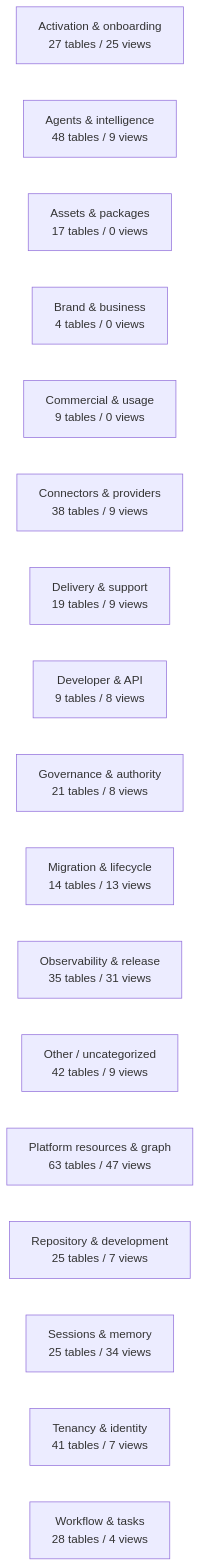
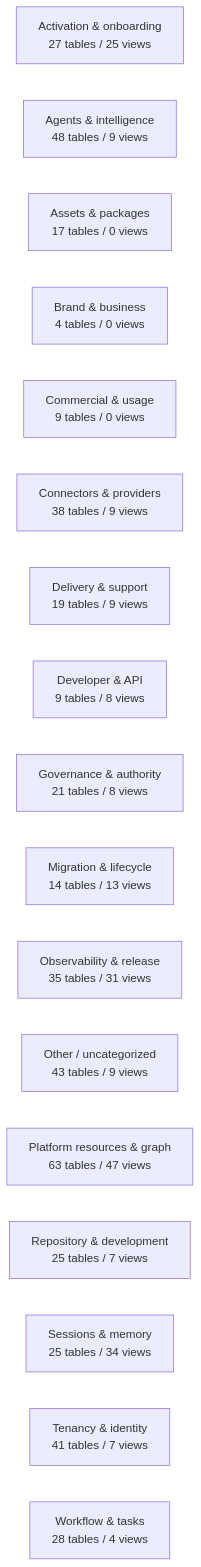
The diagram in docs/work-maps/data-model-domain-map.md (mad4bdigital-ai/multi-business-multi-role-growth-intelligence-os), drawn with Mermaid before and after one commit. The commit also changed other lines of this file and 4 other files, not shown here.

````diff
--- a/docs/work-maps/data-model-domain-map.md
+++ b/docs/work-maps/data-model-domain-map.md
@@ -9,20 +9,20 @@
 ```mermaid
 flowchart LR
   n_Activation___onboarding["Activation & onboarding<br/>27 tables / 25 views"]
   n_Agents___intelligence["Agents & intelligence<br/>48 tables / 9 views"]
   n_Assets___packages["Assets & packages<br/>17 tables / 0 views"]
   n_Brand___business["Brand & business<br/>4 tables / 0 views"]
   n_Commercial___usage["Commercial & usage<br/>9 tables / 0 views"]
   n_Connectors___providers["Connectors & providers<br/>38 tables / 9 views"]
   n_Delivery___support["Delivery & support<br/>19 tables / 9 views"]
   n_Developer___API["Developer & API<br/>9 tables / 8 views"]
   n_Governance___authority["Governance & authority<br/>21 tables / 8 views"]
   n_Migration___lifecycle["Migration & lifecycle<br/>14 tables / 13 views"]
   n_Observability___release["Observability & release<br/>35 tables / 31 views"]
-  n_Other___uncategorized["Other / uncategorized<br/>42 tables / 9 views"]
+  n_Other___uncategorized["Other / uncategorized<br/>43 tables / 9 views"]
   n_Platform_resources___graph["Platform resources & graph<br/>63 tables / 47 views"]
   n_Repository___development["Repository & development<br/>25 tables / 7 views"]
   n_Sessions___memory["Sessions & memory<br/>25 tables / 34 views"]
   n_Tenancy___identity["Tenancy & identity<br/>41 tables / 7 views"]
   n_Workflow___tasks["Workflow & tasks<br/>28 tables / 4 views"]
 ```
````
